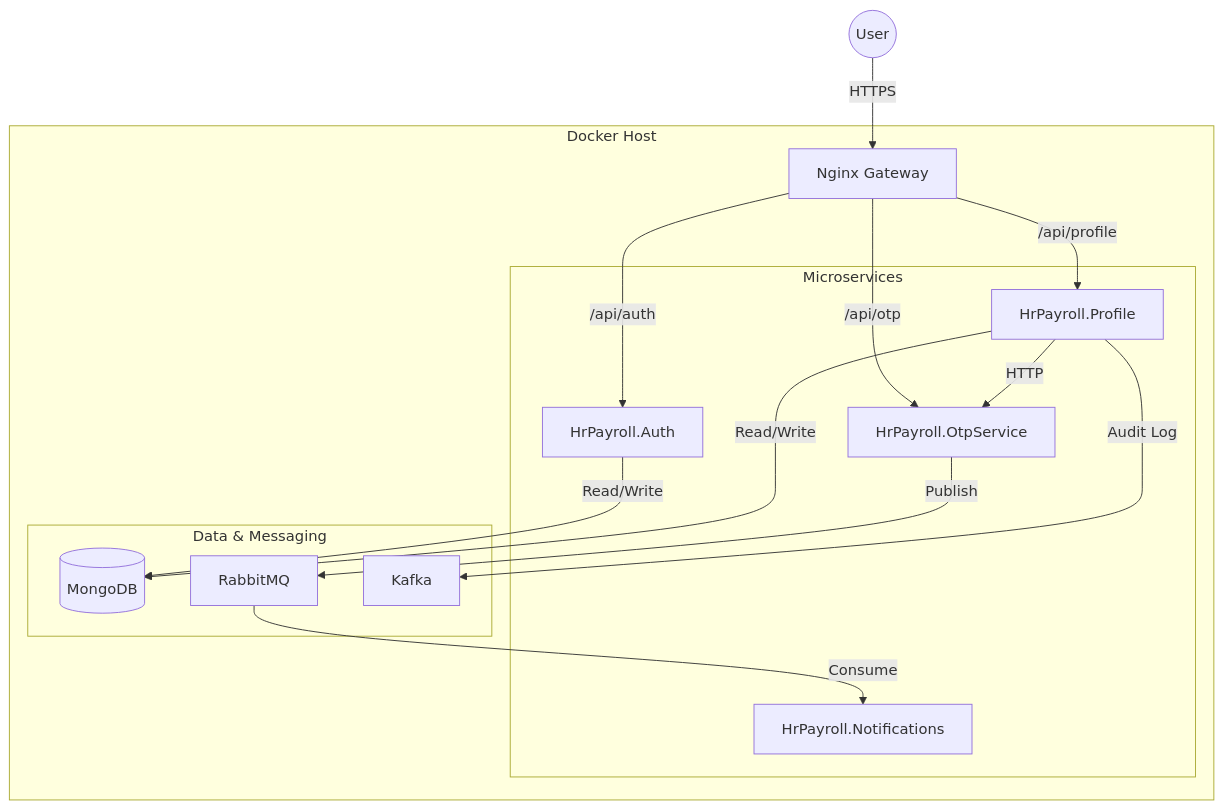
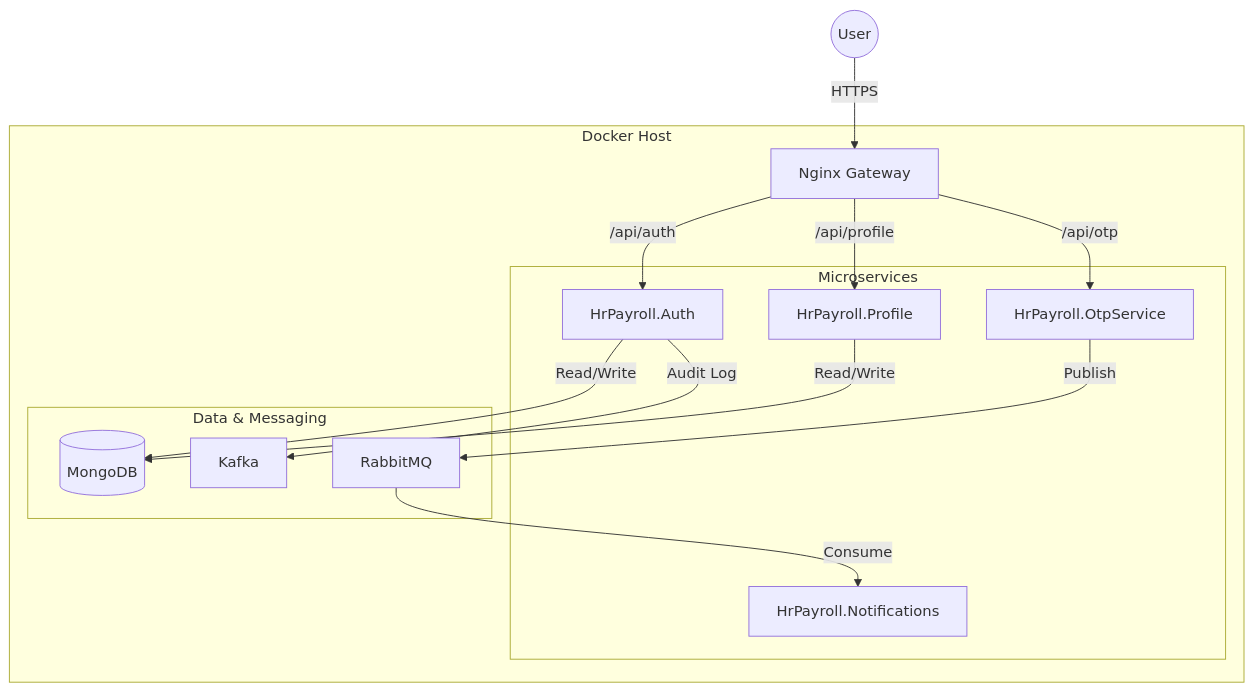
One commit to Marian2910/soa-project changed the diagram in README.md. Above: the diagram before and after it, drawn with Mermaid. The commit also changed other lines of this file, not shown here.

Commit message:
Revise project status and service connections in README
Updated project status and corrected service connections in the architecture diagram.

````diff
--- a/README.md
+++ b/README.md
@@ -184,35 +184,33 @@
 ```mermaid
 graph TD
     User((User))
 
     subgraph "Docker Host"
         Gateway[Nginx Gateway]
 
         subgraph "Microservices"
             Auth[HrPayroll.Auth]
             Profile[HrPayroll.Profile]
             Otp[HrPayroll.OtpService]
             Notify[HrPayroll.Notifications]
         end
 
         subgraph "Data & Messaging"
             Mongo[(MongoDB)]
             Rabbit[RabbitMQ]
             Kafka[Kafka]
         end
     end
 
     User -->|HTTPS| Gateway
     Gateway -->|/api/auth| Auth
     Gateway -->|/api/profile| Profile
     Gateway -->|/api/otp| Otp
 
     Auth -->|Read/Write| Mongo
     Profile -->|Read/Write| Mongo
-
-    Profile --HTTP--> Otp
     Otp --Publish--> Rabbit
     Rabbit --Consume--> Notify
 
-Profile --Audit Log--> Kafka
+Auth --Audit Log--> Kafka
 ```
````
